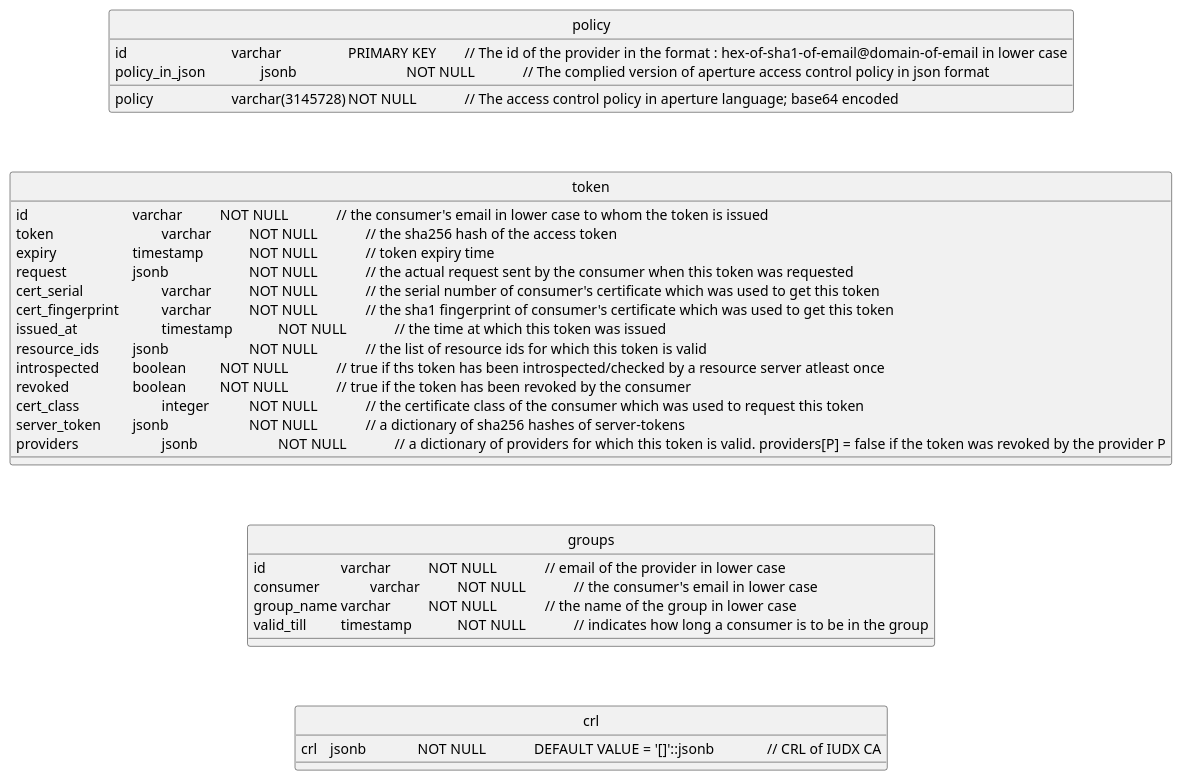
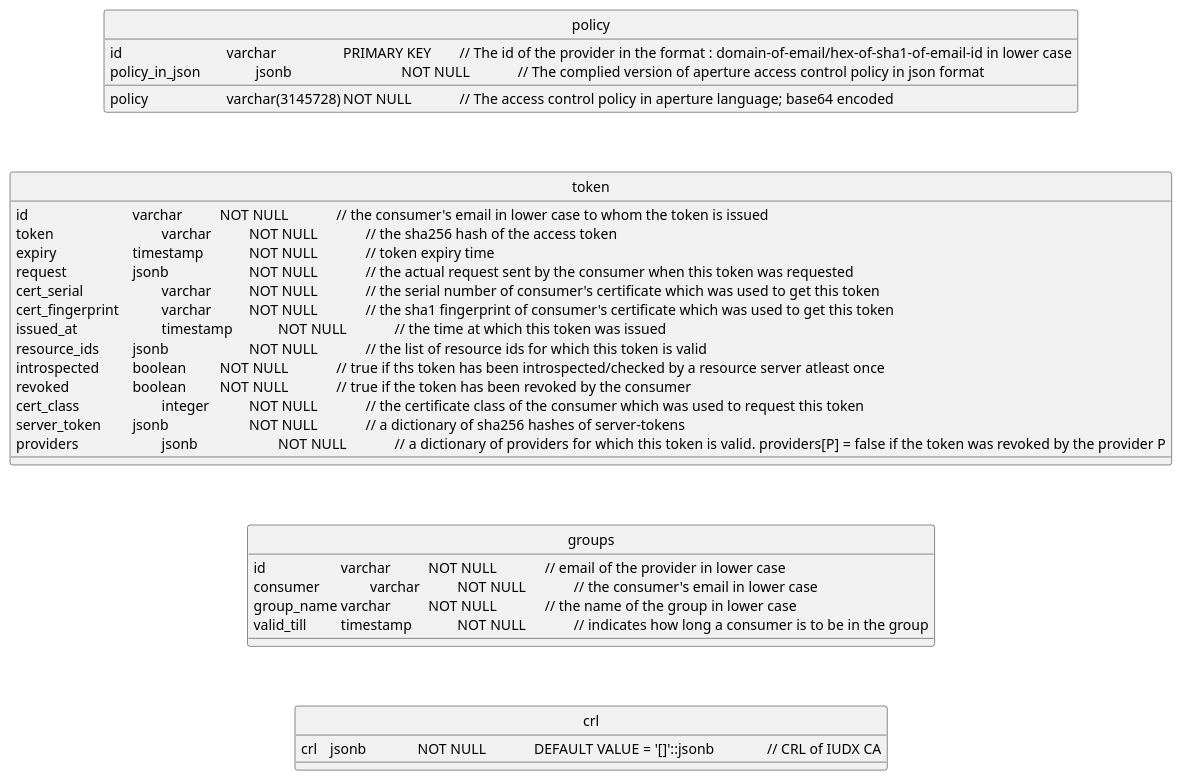
Before and after one commit to iudx/iudx-auth-server: the diagram in er.plantuml, drawn with PlantUML. The commit also changed 3 other files, not shown here.

```diff
--- a/er.plantuml
+++ b/er.plantuml
@@ -1,41 +1,41 @@
 @startuml
 skinparam monochrome true
 hide circle
 
 entity policy {
-	id				varchar			PRIMARY KEY	// The id of the provider in the format : hex-of-sha1-of-email@domain-of-email in lower case
+	id				varchar			PRIMARY KEY	// The id of the provider in the format : domain-of-email/hex-of-sha1-of-email-id in lower case
 	policy			varchar(3145728)	NOT NULL		// The access control policy in aperture language; base64 encoded
 	policy_in_json		jsonb				NOT NULL		// The complied version of aperture access control policy in json format
 }
 
 entity token {
 	id				varchar		NOT NULL		// the consumer's email in lower case to whom the token is issued
 	token				varchar		NOT NULL		// the sha256 hash of the access token
 	expiry			timestamp		NOT NULL		// token expiry time
 	request			jsonb			NOT NULL		// the actual request sent by the consumer when this token was requested
 	cert_serial			varchar		NOT NULL		// the serial number of consumer's certificate which was used to get this token
 	cert_fingerprint		varchar		NOT NULL		// the sha1 fingerprint of consumer's certificate which was used to get this token 
 	issued_at			timestamp		NOT NULL		// the time at which this token was issued
 	resource_ids		jsonb			NOT NULL		// the list of resource ids for which this token is valid
 	introspected		boolean		NOT NULL		// true if ths token has been introspected/checked by a resource server atleast once
 	revoked			boolean		NOT NULL		// true if the token has been revoked by the consumer
 	cert_class			integer		NOT NULL		// the certificate class of the consumer which was used to request this token
 	server_token		jsonb			NOT NULL		// a dictionary of sha256 hashes of server-tokens
 	providers			jsonb			NOT NULL		// a dictionary of providers for which this token is valid. providers[P] = false if the token was revoked by the provider P
 }
 
 entity groups {
 	id			varchar		NOT NULL		// email of the provider in lower case
 	consumer		varchar		NOT NULL		// the consumer's email in lower case
 	group_name	varchar		NOT NULL		// the name of the group in lower case
 	valid_till		timestamp		NOT NULL		// indicates how long a consumer is to be in the group
 }
 
 entity crl {
 	crl	jsonb		NOT NULL		DEFAULT VALUE = '[]'::jsonb		// CRL of IUDX CA
 }
 
 policy -[hidden]- token 
 token -[hidden]- groups 
 groups -[hidden]- crl
 @enduml
```
